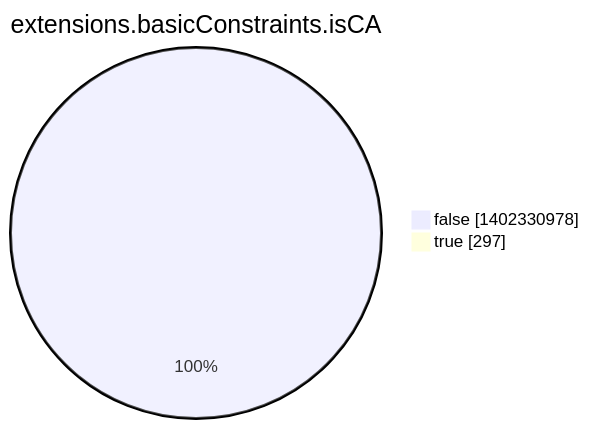
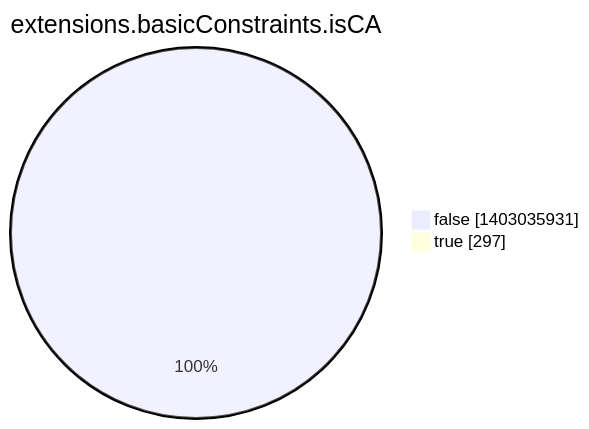
The eighth of 15 diagrams in argon2022/README.md (christiankrug/ctmonitor_visualization), drawn with Mermaid before and after one commit. The commit also changed other lines of this file, not shown here.

````diff
--- a/argon2022/README.md
+++ b/argon2022/README.md
@@ -2759,6 +2759,6 @@
 ```mermaid
 pie showData
 title extensions.basicConstraints.isCA
-"false" :1402330978
+"false" :1403035931
 "true" :297
 ```
````
